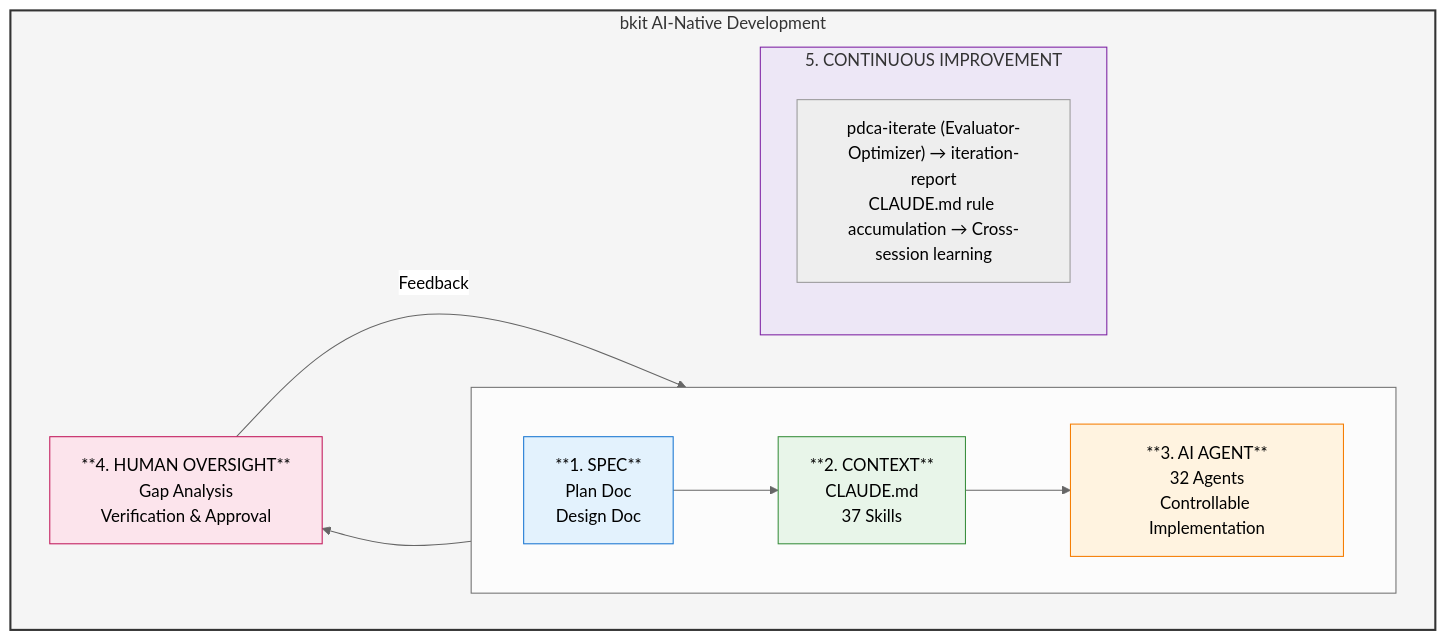
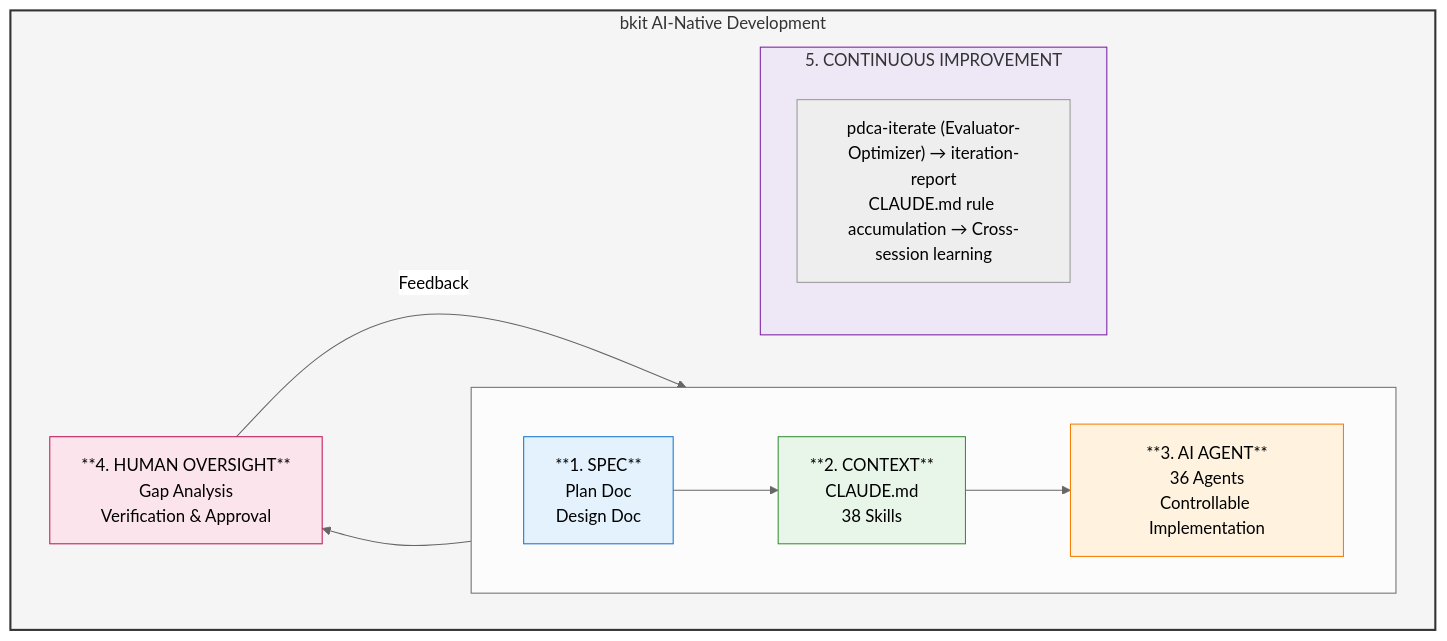
One commit to popup-studio-ai/bkit-claude-code changed the diagram in AI-NATIVE-DEVELOPMENT.md. Above: the diagram before and after it, drawn with Mermaid (neutral theme). The commit also changed other lines of this file and 14 other files, not shown here.

````diff
--- a/AI-NATIVE-DEVELOPMENT.md
+++ b/AI-NATIVE-DEVELOPMENT.md
@@ -9,31 +9,31 @@
 ```mermaid
 flowchart TB
     subgraph MAIN["bkit AI-Native Development"]
         direction LR
 
         subgraph ROW1[" "]
             direction LR
             SPEC["**1. SPEC**<br/>Plan Doc<br/>Design Doc"]
-            CONTEXT["**2. CONTEXT**<br/>CLAUDE.md<br/>37 Skills"]
-            AGENT["**3. AI AGENT**<br/>32 Agents<br/>Controllable Implementation"]
+            CONTEXT["**2. CONTEXT**<br/>CLAUDE.md<br/>38 Skills"]
+            AGENT["**3. AI AGENT**<br/>36 Agents<br/>Controllable Implementation"]
         end
 
         OVERSIGHT["**4. HUMAN OVERSIGHT**<br/>Gap Analysis<br/>Verification & Approval"]
 
         subgraph IMPROVE["5. CONTINUOUS IMPROVEMENT"]
             IMP_CONTENT["pdca-iterate (Evaluator-Optimizer) → iteration-report<br/>CLAUDE.md rule accumulation → Cross-session learning"]
         end
     end
 
     SPEC --> CONTEXT
     CONTEXT --> AGENT
     AGENT --> OVERSIGHT
     OVERSIGHT -->|"Feedback"| SPEC
 
     style MAIN fill:#f5f5f5,stroke:#333,stroke-width:2px
     style SPEC fill:#e3f2fd,stroke:#1976d2
     style CONTEXT fill:#e8f5e9,stroke:#388e3c
     style AGENT fill:#fff3e0,stroke:#f57c00
     style OVERSIGHT fill:#fce4ec,stroke:#c2185b
     style IMPROVE fill:#ede7f6,stroke:#7b1fa2
 ```
````
